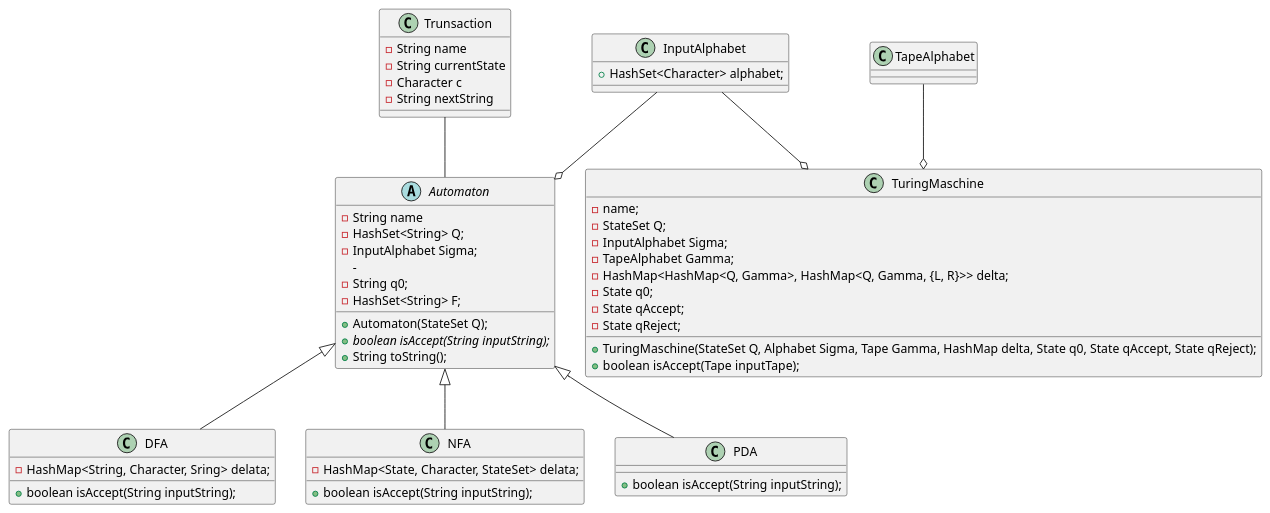
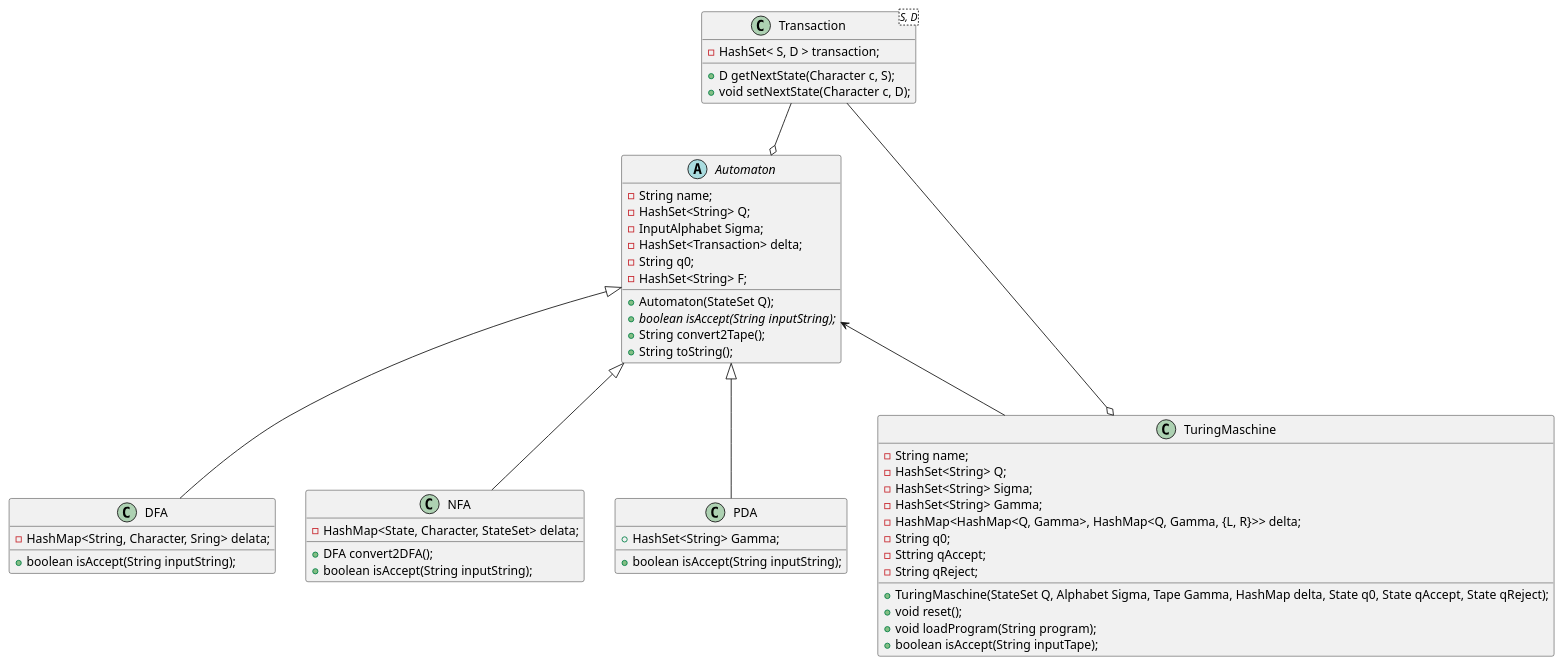
The diagram in Automaton.puml (okn-yu/ComputationalComplexityTheory), drawn with PlantUML before and after one commit.

```diff
--- a/Automaton.puml
+++ b/Automaton.puml
@@ -1,66 +1,67 @@
 @startuml
 
-InputAlphabet --o Automaton
 
 abstract Automaton{
-- String name
+- String name;
 - HashSet<String> Q;
 - InputAlphabet Sigma;
--
+- HashSet<Transaction> delta;
 - String q0;
 - HashSet<String> F;
 
 + Automaton(StateSet Q);
 + {abstract} boolean isAccept(String inputString);
++ String convert2Tape();
 + String toString();
 
 }
 
-Trunsaction -- Automaton
+Transaction --o Automaton
 
-class Trunsaction {
-- String name
-- String currentState
-- Character c
-- String nextString
+class Transaction<S, D> {
+- HashSet< S, D > transaction;
++ D getNextState(Character c, S);
++ void setNextState(Character c, D);
 }
 
-class InputAlphabet{
-+ HashSet<Character> alphabet;
-}
 
 Automaton <|-- DFA
 class DFA{
 - HashMap<String, Character, Sring> delata;
 + boolean isAccept(String inputString);
 }
 
 Automaton <|-- NFA
 class NFA{
 - HashMap<State, Character, StateSet> delata;
++ DFA convert2DFA();
 + boolean isAccept(String inputString);
 }
 
 Automaton <|-- PDA
 class PDA{
++ HashSet<String> Gamma;
 + boolean isAccept(String inputString);
 }
 
-InputAlphabet --o TuringMaschine
-TapeAlphabet --o TuringMaschine
+Automaton <-- TuringMaschine
+
+Transaction --o TuringMaschine
 
 class TuringMaschine{
-- name;
-- StateSet Q;
-- InputAlphabet Sigma;
-- TapeAlphabet Gamma;
+- String name;
+- HashSet<String> Q;
+- HashSet<String> Sigma;
+- HashSet<String> Gamma;
 - HashMap<HashMap<Q, Gamma>, HashMap<Q, Gamma, {L, R}>> delta;
-- State q0;
-- State qAccept;
-- State qReject;
+- String q0;
+- Sttring qAccept;
+- String qReject;
 
 + TuringMaschine(StateSet Q, Alphabet Sigma, Tape Gamma, HashMap delta, State q0, State qAccept, State qReject);
-+ boolean isAccept(Tape inputTape);
++ void reset();
++ void loadProgram(String program);
++ boolean isAccept(String inputTape);
 }
 
 @enduml
```
